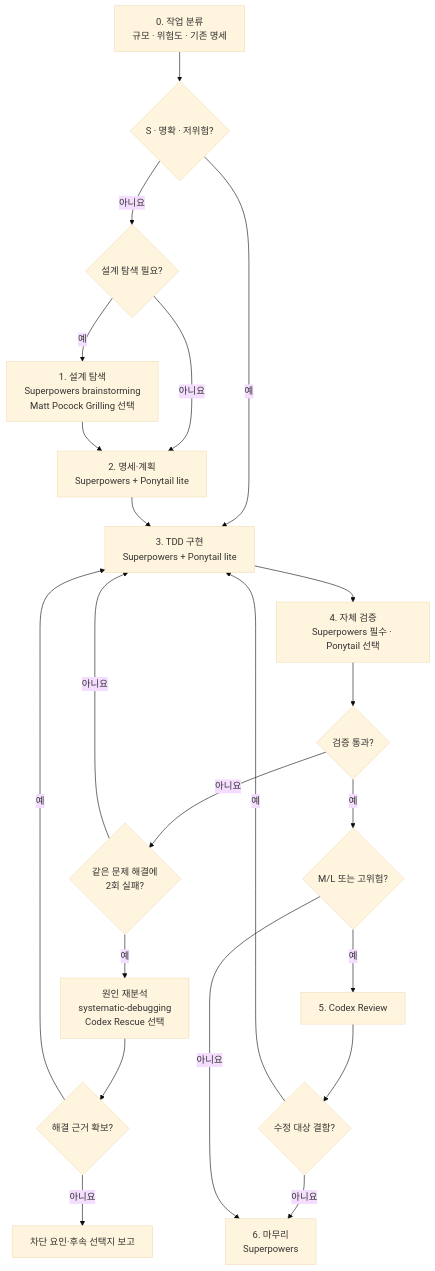
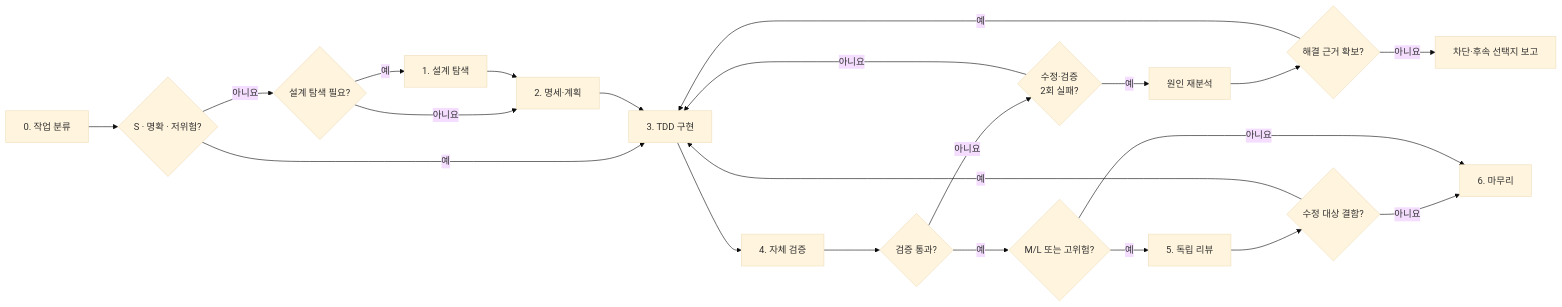
Before and after one commit to bottle-ship/cc-workflow: the diagram in README.md, drawn with Mermaid (base theme).

Commit message:
docs: make workflow diagram horizontal and shorten labels

````diff
--- a/README.md
+++ b/README.md
@@ -19,24 +19,24 @@
 ```mermaid
-flowchart TD
-    A["0. 작업 분류<br/>규모 · 위험도 · 기존 명세"] --> Q{"S · 명확 · 저위험?"}
-    Q -- "예" --> E["3. TDD 구현<br/>Superpowers + Ponytail lite"]
+flowchart LR
+    A["0. 작업 분류"] --> Q{"S · 명확 · 저위험?"}
+    Q -- "예" --> E["3. TDD 구현"]
     Q -- "아니요" --> B{"설계 탐색 필요?"}
-    B -- "예" --> C["1. 설계 탐색<br/>Superpowers brainstorming<br/>Matt Pocock Grilling 선택"]
-    B -- "아니요" --> D["2. 명세·계획<br/>Superpowers + Ponytail lite"]
+    B -- "예" --> C["1. 설계 탐색"]
+    B -- "아니요" --> D["2. 명세·계획"]
     C --> D
     D --> E
-    E --> F["4. 자체 검증<br/>Superpowers 필수 · Ponytail 선택"]
+    E --> F["4. 자체 검증"]
     F --> G{"검증 통과?"}
-    G -- "아니요" --> R{"같은 문제 해결에<br/>2회 실패?"}
+    G -- "아니요" --> R{"수정·검증<br/>2회 실패?"}
     R -- "아니요" --> E
-    R -- "예" --> S["원인 재분석<br/>systematic-debugging<br/>Codex Rescue 선택"]
+    R -- "예" --> S["원인 재분석"]
     S --> T{"해결 근거 확보?"}
     T -- "예" --> E
-    T -- "아니요" --> U["차단 요인·후속 선택지 보고"]
+    T -- "아니요" --> U["차단·후속 선택지 보고"]
     G -- "예" --> H{"M/L 또는 고위험?"}
-    H -- "예" --> I["5. Codex Review"]
+    H -- "예" --> I["5. 독립 리뷰"]
     I --> J{"수정 대상 결함?"}
     J -- "예" --> E
-    J -- "아니요" --> K["6. 마무리<br/>Superpowers"]
+    J -- "아니요" --> K["6. 마무리"]
     H -- "아니요" --> K
 ```
````
